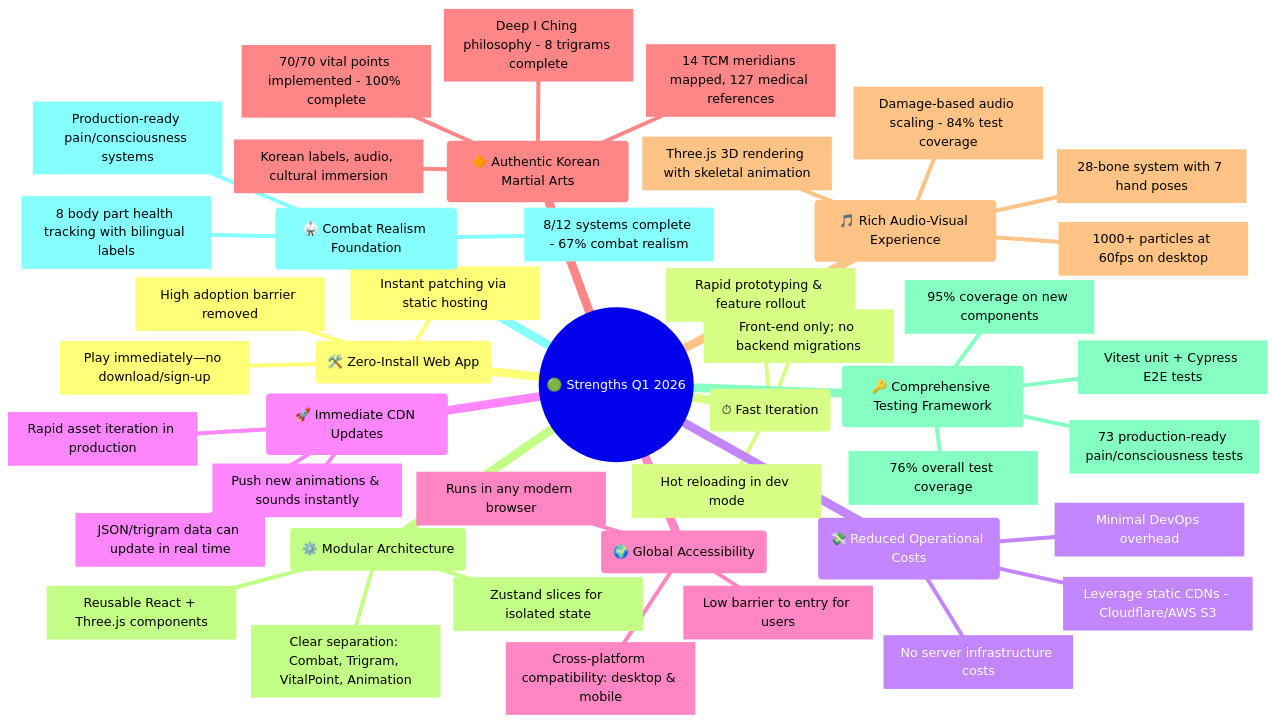
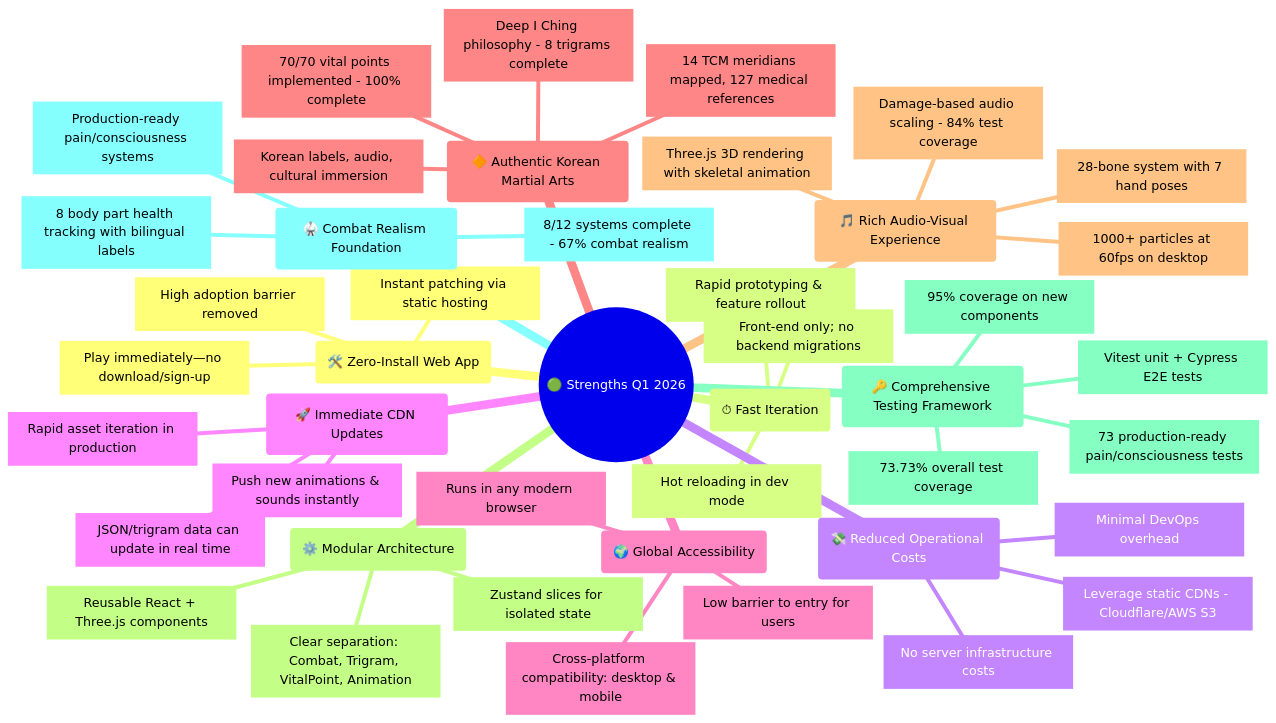
Before and after one commit to Hack23/blacktrigram: the ninth of 22 diagrams in ARCHITECTURE.md, drawn with Mermaid. The commit also changed other lines of this file, not shown here.

First line of the commit message:
Update test coverage metrics to match actual coverage data from coverage-summary.json

````diff
--- a/ARCHITECTURE.md
+++ b/ARCHITECTURE.md
@@ -1516,47 +1516,47 @@
 ```mermaid
 mindmap
   root((🟢 Strengths Q1 2026))
     id1(🛠️ Zero-Install Web App)
       id1.1[Play immediately—no download/sign-up]
       id1.2[Instant patching via static hosting]
       id1.3[High adoption barrier removed]
     id2(⏱ Fast Iteration)
       id2.1[Front-end only; no backend migrations]
       id2.2[Rapid prototyping & feature rollout]
       id2.3[Hot reloading in dev mode]
     id3(💸 Reduced Operational Costs)
       id3.1[No server infrastructure costs]
       id3.2[Leverage static CDNs - Cloudflare/AWS S3]
       id3.3[Minimal DevOps overhead]
     id4(🚀 Immediate CDN Updates)
       id4.1[Push new animations & sounds instantly]
       id4.2[JSON/trigram data can update in real time]
       id4.3[Rapid asset iteration in production]
     id5(🌍 Global Accessibility)
       id5.1[Runs in any modern browser]
       id5.2[Cross-platform compatibility: desktop & mobile]
       id5.3[Low barrier to entry for users]
     id6(🔶 Authentic Korean Martial Arts)
       id6.1[Deep I Ching philosophy - 8 trigrams complete]
       id6.2[70/70 vital points implemented - 100% complete]
       id6.3[Korean labels, audio, cultural immersion]
       id6.4[14 TCM meridians mapped, 127 medical references]
     id7(🎵 Rich Audio-Visual Experience)
       id7.1[Three.js 3D rendering with skeletal animation]
       id7.2[28-bone system with 7 hand poses]
       id7.3[Damage-based audio scaling - 84% test coverage]
       id7.4[1000+ particles at 60fps on desktop]
     id8(⚙️ Modular Architecture)
       id8.1[Clear separation: Combat, Trigram, VitalPoint, Animation]
       id8.2[Reusable React + Three.js components]
       id8.3[Zustand slices for isolated state]
     id9(🔑 Comprehensive Testing Framework)
-      id9.1[76% overall test coverage]
+      id9.1[73.73% overall test coverage]
       id9.2[95% coverage on new components]
       id9.3[Vitest unit + Cypress E2E tests]
       id9.4[73 production-ready pain/consciousness tests]
     id10(🥋 Combat Realism Foundation)
       id10.1[8/12 systems complete - 67% combat realism]
       id10.2[Production-ready pain/consciousness systems]
       id10.3[8 body part health tracking with bilingual labels]
 ```
````
